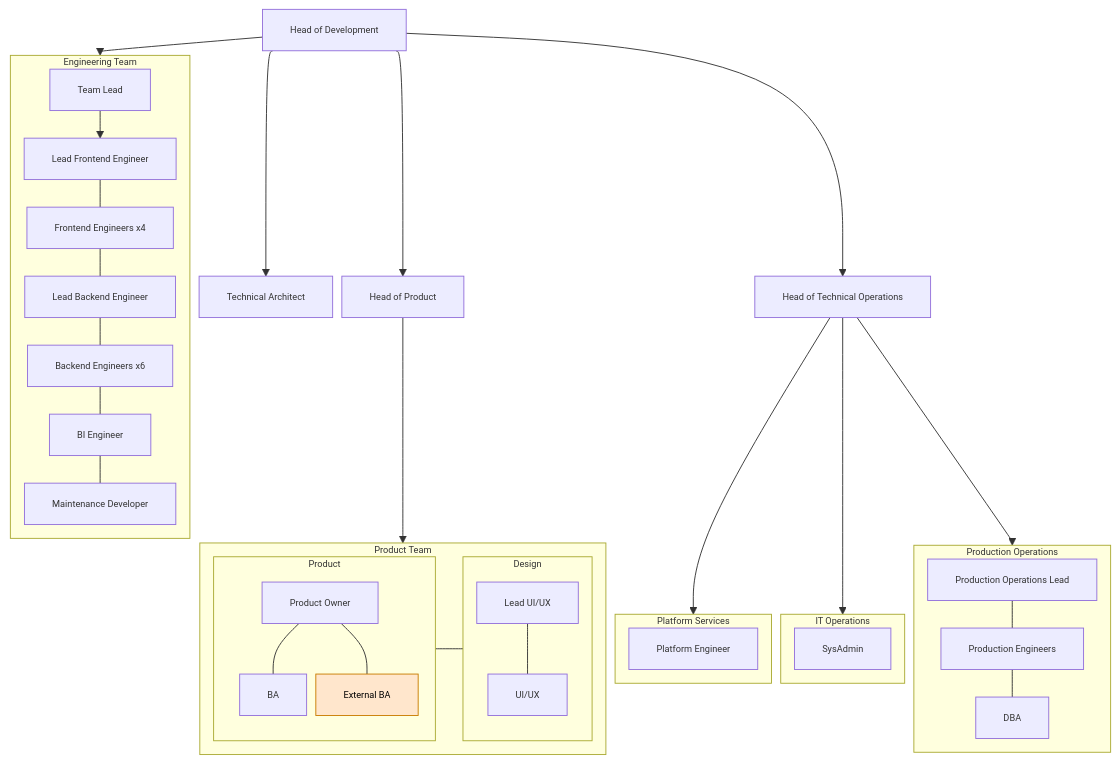
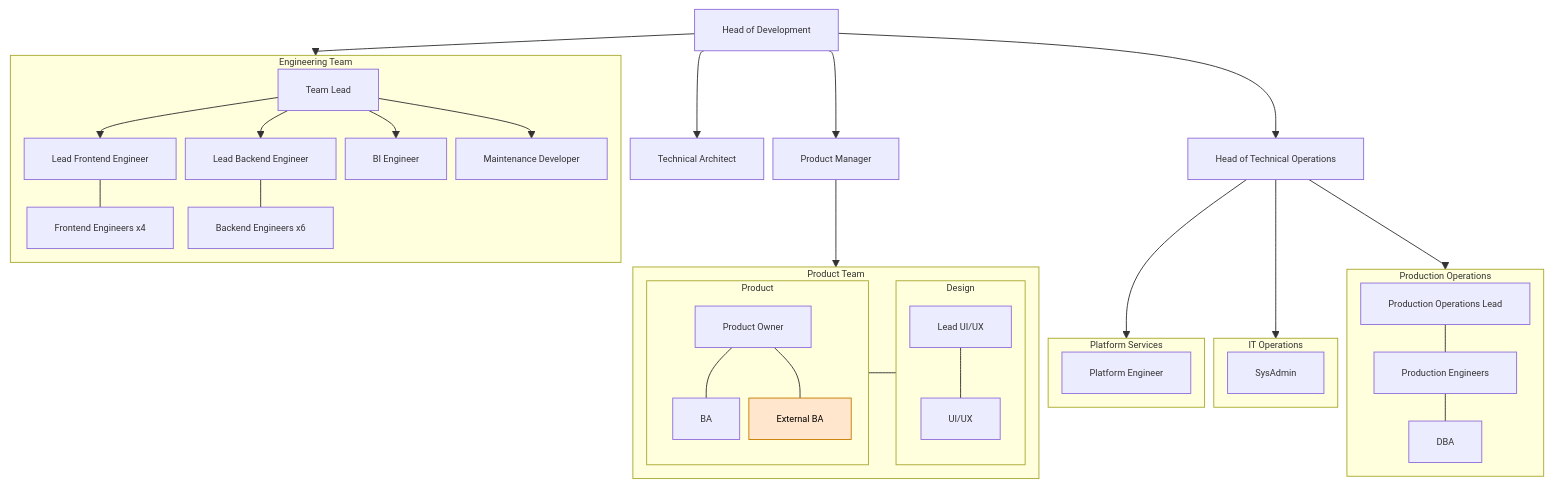
Before and after one commit to michaeljholmes/OrgNetlify: the diagram in OrganisationChart.md, drawn with Mermaid. The commit also changed other lines of this file and 5 other files, not shown here.

Commit message:
product manager updates

````diff
--- a/OrganisationChart.md
+++ b/OrganisationChart.md
@@ -5,81 +5,81 @@
 ```mermaid
 %%{init: {'themeVariables': {'fontSize': '10px'}, 'flowchart': {'nodeSpacing': 10, 'rankSpacing': 5}}}%%
 flowchart TB
     HOD[Head of Development]
 
     HOD --> TA[Technical Architect]
-    HOD --> HOP[Head of Product]
+    HOD --> HOP[Product Manager]
     HOD --> HTO[Head of Technical Operations]
 
     HOD --> ET1
 
     subgraph ET1[Engineering Team]
         direction TB
         TL[Team Lead]
         SFE[Lead Frontend Engineer]
         FE1[Frontend Engineers x4]
         SBE[Lead Backend Engineer]
         BE1[Backend Engineers x6]
         BI[BI Engineer]
         O1D[Maintenance Developer]
 
         TL --> SFE
+        TL --> SBE
+        TL --> BI
+        TL --> O1D
         SFE --- FE1
-        FE1 --- SBE
         SBE --- BE1
-        BE1 --- BI
-        BI --- O1D
     end
 
     subgraph PRODUCT[Product Team]
         direction LR
 
         subgraph PRODUCT_REQ[Product]
             direction TB
             PO[Product Owner]
             BA[BA]
             EBA[External BA]
 
             PO --- BA
             PO --- EBA
         end
 
         subgraph PRODUCT_UX[Design]
             direction TB
             HOUIUX[Lead UI/UX]
             UX[UI/UX]
 
             HOUIUX --- UX
         end
 
         PRODUCT_REQ --- PRODUCT_UX
     end
     HOP --> PRODUCT
 
     classDef externalBa fill:#FFE6CC,stroke:#C97C00,color:#000;
     class EBA externalBa;
 
     subgraph PLATFORM_SERVICES[Platform Services]
         direction TB
         PE[Platform Engineer]
     end
 
     subgraph ITOPS[IT Operations]
         direction TB
         SA[SysAdmin]
     end
 
     subgraph PRODUCTION[Production Operations]
         direction TB
         POL[Production Operations Lead]
         PRODE[Production Engineers]
         DBA[DBA]
 
         POL --- PRODE
         PRODE --- DBA
     end
 
     HTO --> PLATFORM_SERVICES
     HTO --> ITOPS
     HTO --> PRODUCTION
 ```
````
